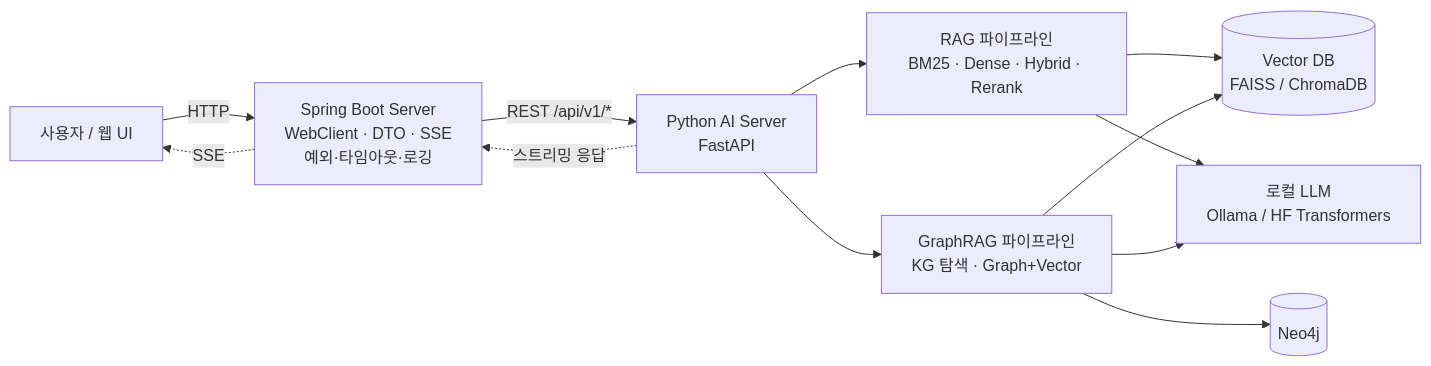
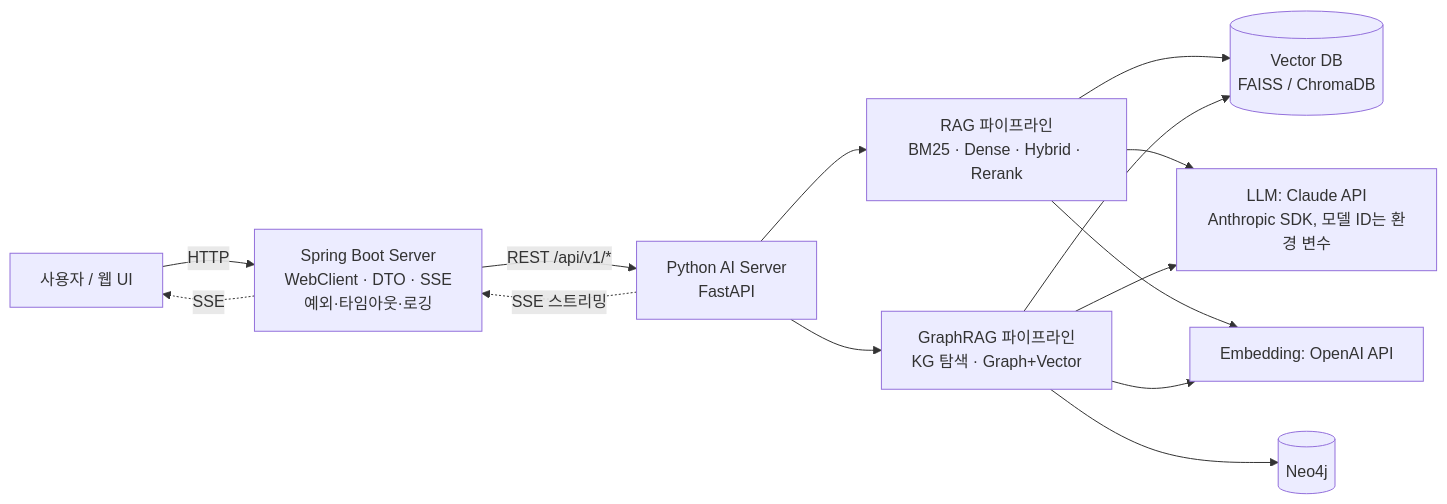
Before and after one commit to TD-Kim/ai-engineering-lab: the diagram in docs/ARCHITECTURE.md, drawn with Mermaid. The commit also changed other lines of this file and 34 other files, not shown here.

````diff
--- a/docs/ARCHITECTURE.md
+++ b/docs/ARCHITECTURE.md
@@ -67,14 +76,16 @@
 ```mermaid
 flowchart LR
     U[사용자 / 웹 UI] -->|HTTP| SB[Spring Boot Server<br/>WebClient · DTO · SSE<br/>예외·타임아웃·로깅]
     SB -->|REST /api/v1/*| PY[Python AI Server<br/>FastAPI]
     PY --> RAG[RAG 파이프라인<br/>BM25 · Dense · Hybrid · Rerank]
     PY --> GR[GraphRAG 파이프라인<br/>KG 탐색 · Graph+Vector]
     RAG --> VDB[(Vector DB<br/>FAISS / ChromaDB)]
     GR --> NEO[(Neo4j)]
     GR --> VDB
-    RAG --> LLM[로컬 LLM<br/>Ollama / HF Transformers]
+    RAG --> LLM[LLM: Claude API<br/>Anthropic SDK, 모델 ID는 환경 변수]
     GR --> LLM
-    PY -.->|스트리밍 응답| SB
+    RAG --> EMB[Embedding: OpenAI API]
+    GR --> EMB
+    PY -.->|SSE 스트리밍| SB
     SB -.->|SSE| U
 ```
````
